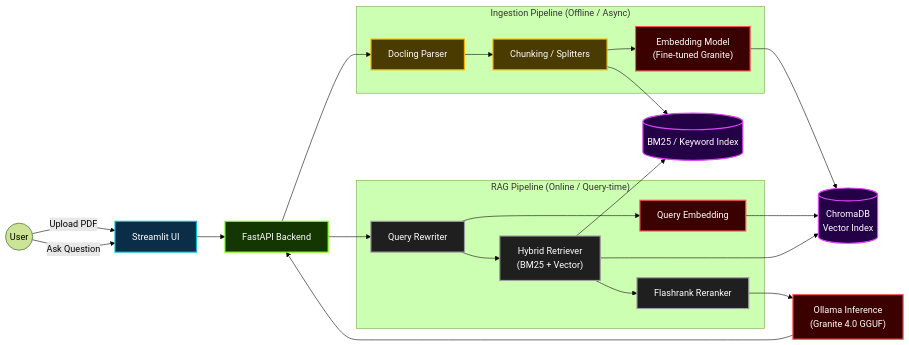
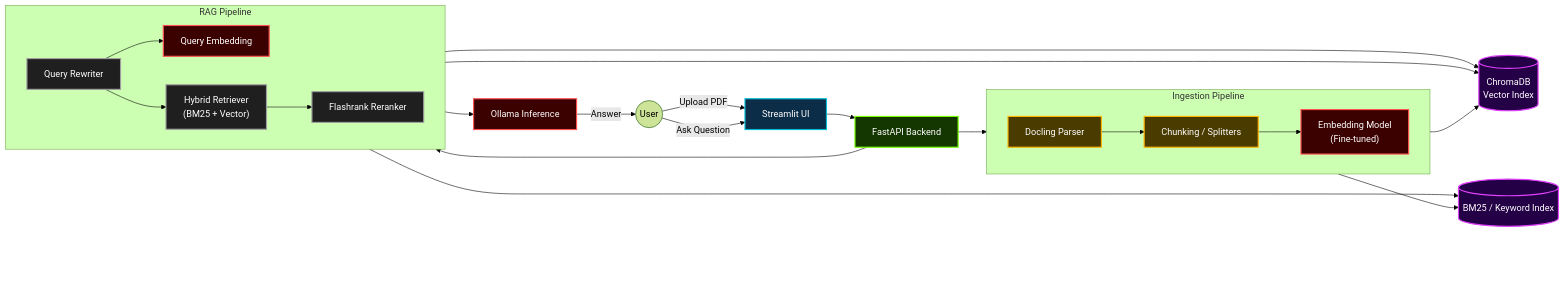
One commit to DuyPham72/AcademicBuddy-HybridRAG-LangChain changed the diagram in README.md. Above: the diagram before and after it, drawn with Mermaid (forest theme). The commit also changed other lines of this file, not shown here.

Commit message:
Refine README.md content for clarity and conciseness

````diff
--- a/README.md
+++ b/README.md
@@ -147,16 +147,18 @@
     %% =========================
     %% INGESTION PIPELINE
     %% =========================
-    subgraph INGEST["Ingestion Pipeline (Offline / Async)"]
+    subgraph INGEST["Ingestion Pipeline"]
+        direction LR
         Docling["Docling Parser"]:::ingest
         Split["Chunking / Splitters"]:::ingest
-        EmbedDoc["Embedding Model<br/>(Fine-tuned Granite)"]:::ai
+        EmbedDoc["Embedding Model<br/>(Fine-tuned)"]:::ai
     end
 
     %% =========================
     %% RETRIEVAL PIPELINE
     %% =========================
-    subgraph RAG["RAG Pipeline (Online / Query-time)"]
+    subgraph RAG["RAG Pipeline"]
+        direction LR
         Rewrite["Query Rewriter"]:::logic
         EmbedQuery["Query Embedding"]:::ai
         Hybrid["Hybrid Retriever<br/>(BM25 + Vector)"]:::logic
@@ -168,7 +170,12 @@
     %% =========================
     VectorDB[(ChromaDB<br/>Vector Index)]:::database
     KeywordDB[(BM25 / Keyword Index)]:::database
-    LLM["Ollama Inference<br/>(Granite 4.0 GGUF)"]:::ai
+    LLM["Ollama Inference"]:::ai
+
+    %% === RIGHT-PADDING SPACERS ===
+    Spacer1[ ]:::spacer
+    Spacer2[ ]:::spacer
+    Spacer3[ ]:::spacer
 
     %% =========================
     %% USER FLOW
@@ -198,11 +205,7 @@
     Hybrid --> KeywordDB
     Hybrid --> Rerank
     Rerank --> LLM
-
-    %% =========================
-    %% GENERATION FLOW
-    %% =========================
-    LLM --> API
+    LLM -->|Answer| User
 
     %% =========================
     %% COLOR DEFINITIONS
@@ -213,4 +216,5 @@
     classDef logic fill:#1f1f1f,stroke:#9e9e9e,stroke-width:2px,color:#ffffff
     classDef database fill:#240046,stroke:#e040fb,stroke-width:2px,color:#ffffff
     classDef ai fill:#3b0000,stroke:#ff5252,stroke-width:2px,color:#ffffff
+    classDef spacer fill:none,stroke:none
 ```
````
